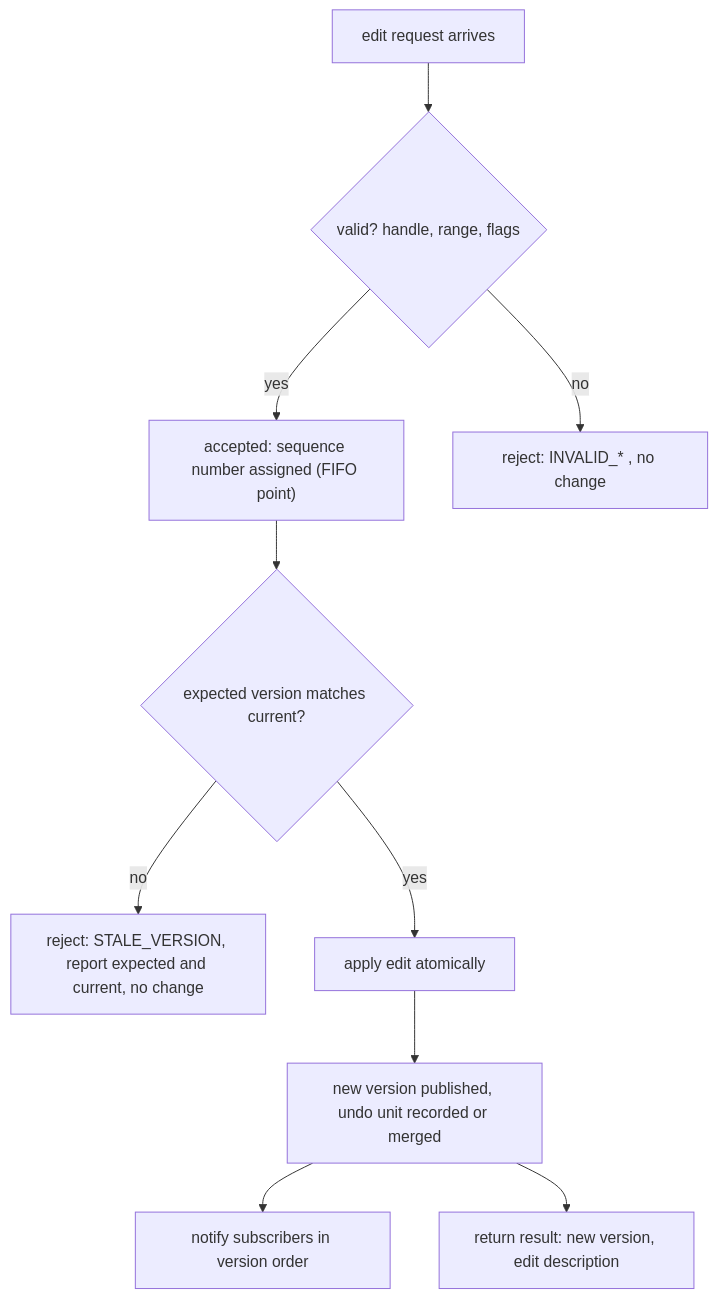
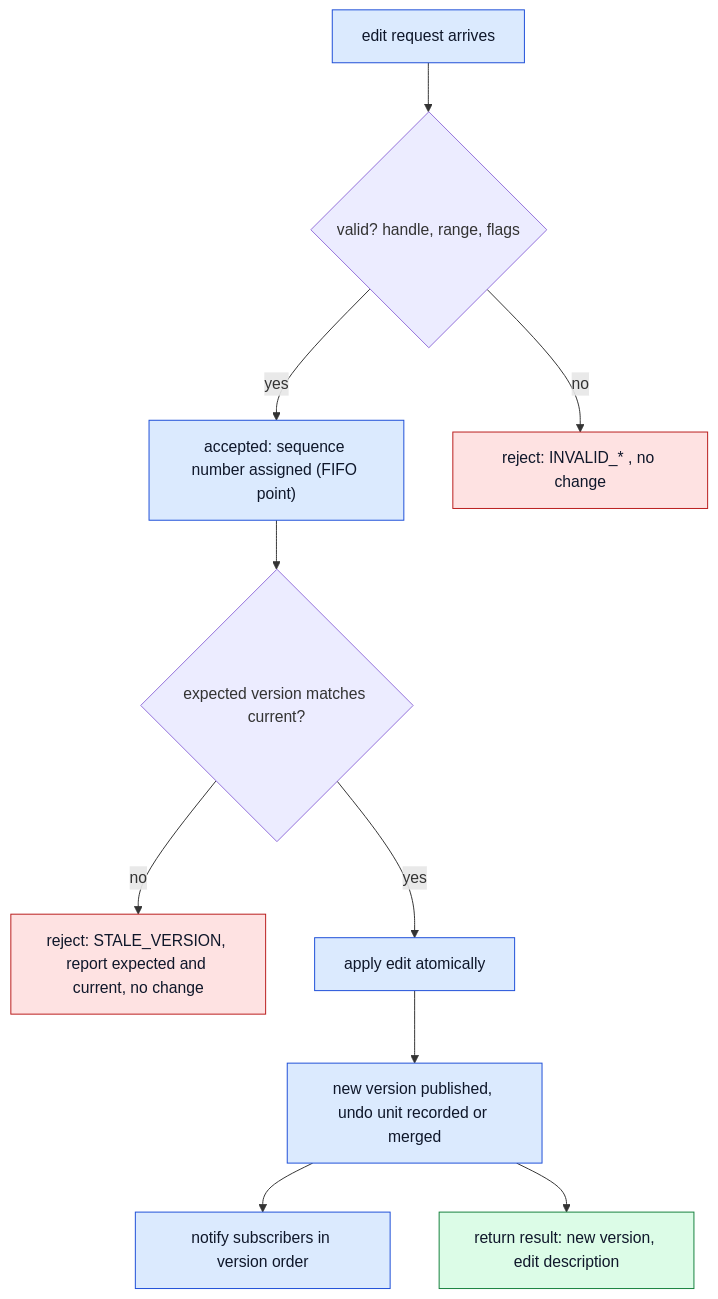
The second of 2 diagrams in docs/kernel/overview.md (cdin-editor/spec), drawn with Mermaid before and after one commit. The commit also changed other lines of this file and 8 other files, not shown here.

````diff
--- a/docs/kernel/overview.md
+++ b/docs/kernel/overview.md
@@ -85,23 +93,29 @@
 ```mermaid
 flowchart TB
     REQ["edit request arrives"]
     VAL{"valid? handle, range, flags"}
     ACC["accepted: sequence number assigned (FIFO point)"]
     CHK{"expected version matches current?"}
     REJ1["reject: INVALID_* , no change"]
     REJ2["reject: STALE_VERSION, report expected and current, no change"]
     APPLY["apply edit atomically"]
     VER["new version published, undo unit recorded or merged"]
     NOTIFY["notify subscribers in version order"]
     RES["return result: new version, edit description"]
 
     REQ --> VAL
     VAL -- "no" --> REJ1
     VAL -- "yes" --> ACC
     ACC --> CHK
     CHK -- "no" --> REJ2
     CHK -- "yes" --> APPLY
     APPLY --> VER
     VER --> NOTIFY
     VER --> RES
+    classDef bad fill:#fee2e2,stroke:#b91c1c,color:#0f172a
+    classDef comp fill:#dbeafe,stroke:#1d4ed8,color:#0f172a
+    classDef ok fill:#dcfce7,stroke:#15803d,color:#0f172a
+    class REJ1,REJ2 bad
+    class ACC,APPLY,NOTIFY,REQ,VER comp
+    class RES ok
 ```
````
